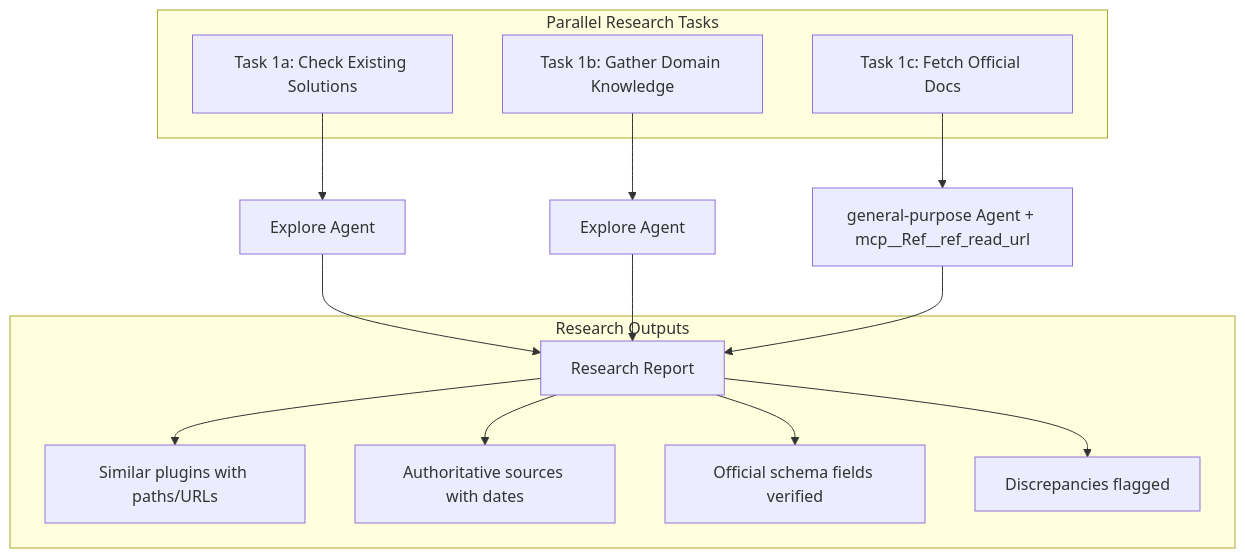
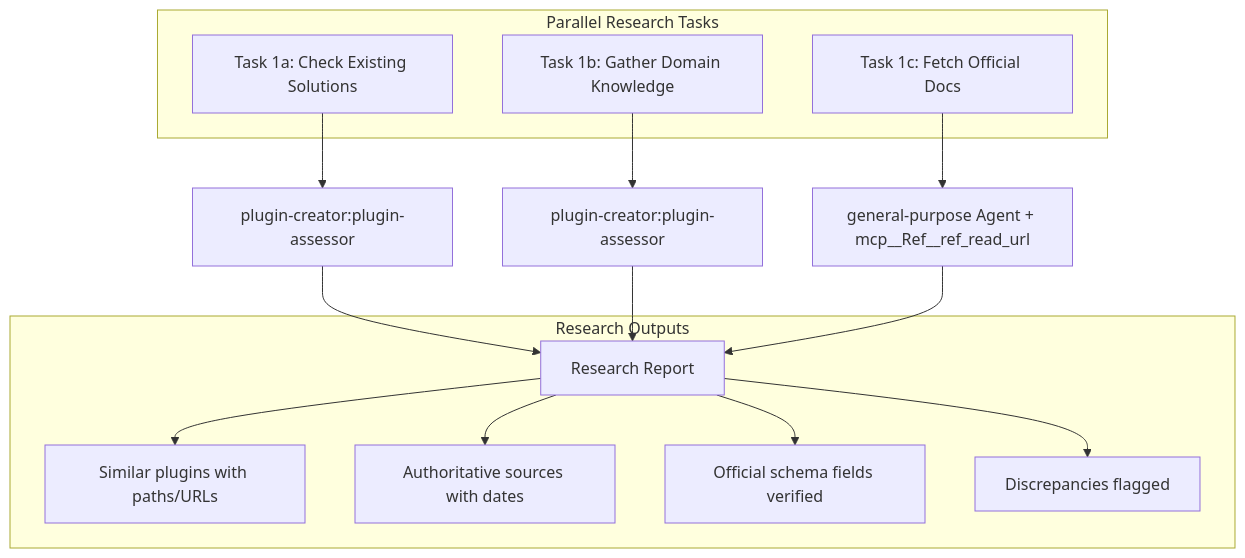
The third of 11 diagrams in plugins/plugin-creator/skills/plugin-creator/references/workflow-diagram.md (chgreer1070/claude_skills), drawn with Mermaid before and after one commit. The commit also changed other lines of this file and 37 other files, not shown here.

````diff
--- a/plugins/plugin-creator/skills/plugin-creator/references/workflow-diagram.md
+++ b/plugins/plugin-creator/skills/plugin-creator/references/workflow-diagram.md
@@ -49,23 +49,23 @@
 ```mermaid
 flowchart TD
     subgraph "Parallel Research Tasks"
         T1A[Task 1a: Check Existing Solutions]
         T1B[Task 1b: Gather Domain Knowledge]
         T1C[Task 1c: Fetch Official Docs]
     end
 
-    T1A --> E1[Explore Agent]
-    T1B --> E2[Explore Agent]
+    T1A --> CG1[plugin-creator:plugin-assessor]
+    T1B --> CG2[plugin-creator:plugin-assessor]
     T1C --> GP[general-purpose Agent + mcp__Ref__ref_read_url]
 
-    E1 --> REPORT[Research Report]
-    E2 --> REPORT
+    CG1 --> REPORT[Research Report]
+    CG2 --> REPORT
     GP --> REPORT
 
     subgraph "Research Outputs"
         REPORT --> O1[Similar plugins with paths/URLs]
         REPORT --> O2[Authoritative sources with dates]
         REPORT --> O3[Official schema fields verified]
         REPORT --> O4[Discrepancies flagged]
     end
 ```
````
